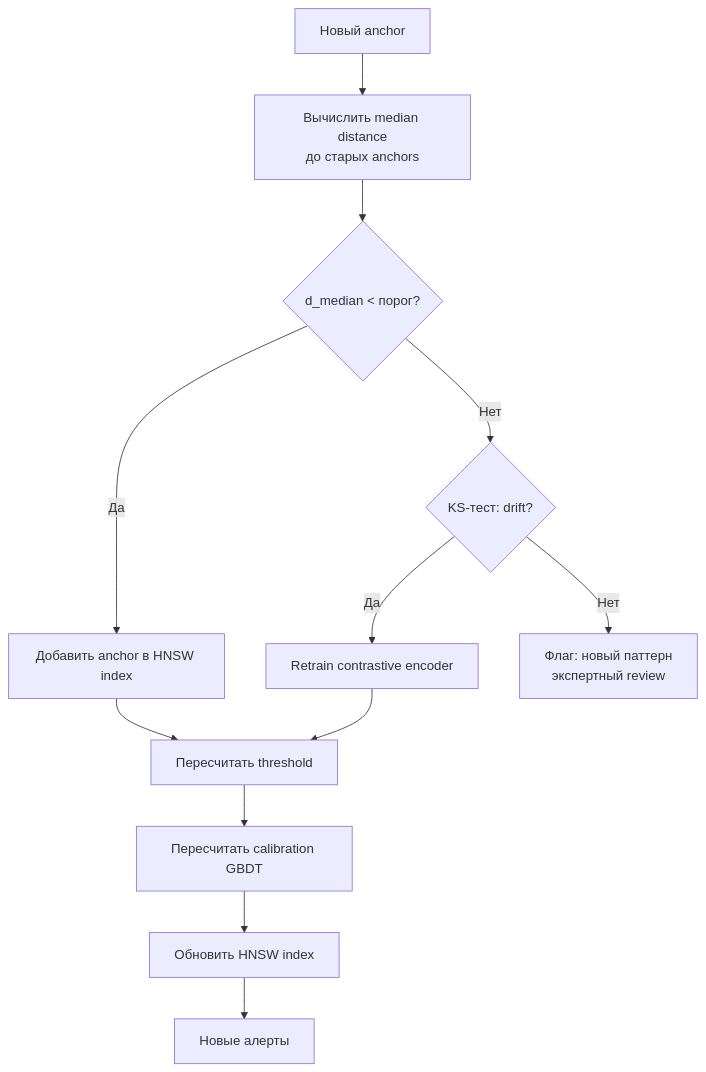
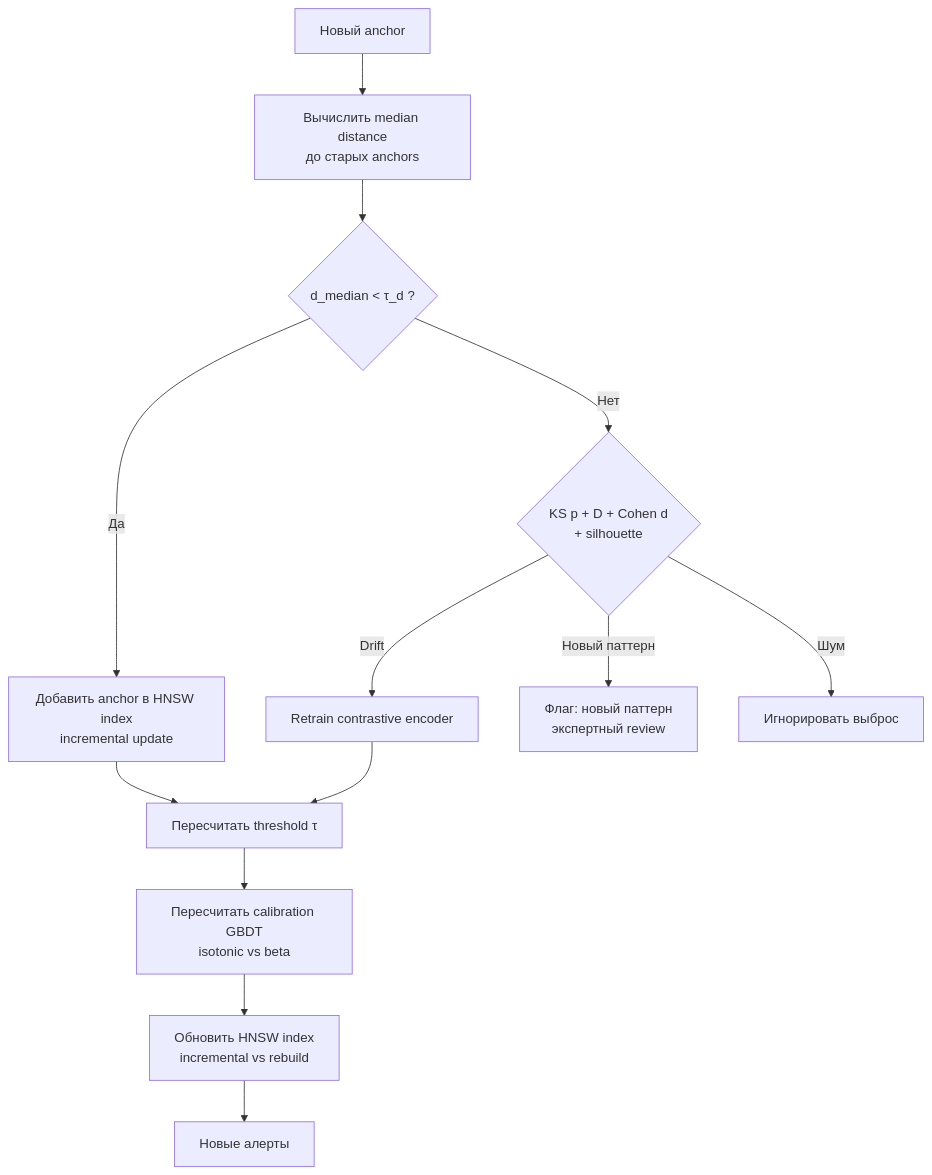
The diagram in docs/theory/08_const_function_and_operating_point.md (Spillety/Spillety), drawn with Mermaid before and after one commit. The commit also changed other lines of this file and 39 other files, not shown here.

````diff
--- a/docs/theory/08_const_function_and_operating_point.md
+++ b/docs/theory/08_const_function_and_operating_point.md
@@ -126,14 +147,15 @@
 ```mermaid
 graph TD
     NewAnchor[Новый anchor] --> ComputeDist[Вычислить median distance<br/>до старых anchors]
-    ComputeDist --> CheckDist{d_median < порог?}
-    CheckDist -->|Да| AddToIndex[Добавить anchor в HNSW index]
-    CheckDist -->|Нет| CheckDrift{KS-тест: drift?}
-    CheckDrift -->|Да| Retrain[Retrain contrastive encoder]
-    CheckDrift -->|Нет| NewPattern[Флаг: новый паттерн<br/>экспертный review]
-    AddToIndex --> RecalcThreshold[Пересчитать threshold]
+    ComputeDist --> CheckDist{d_median < τ_d ?}
+    CheckDist -->|Да| AddToIndex[Добавить anchor в HNSW index<br/>incremental update]
+    CheckDist -->|Нет| CheckDrift{KS p + D + Cohen d<br/>+ silhouette}
+    CheckDrift -->|Drift| Retrain[Retrain contrastive encoder]
+    CheckDrift -->|Новый паттерн| NewPattern[Флаг: новый паттерн<br/>экспертный review]
+    CheckDrift -->|Шум| Ignore[Игнорировать выброс]
+    AddToIndex --> RecalcThreshold[Пересчитать threshold τ]
     Retrain --> RecalcThreshold
-    RecalcThreshold --> RecalcCalibration[Пересчитать calibration GBDT]
-    RecalcCalibration --> UpdateHNSW[Обновить HNSW index]
+    RecalcThreshold --> RecalcCalibration[Пересчитать calibration GBDT<br/>isotonic vs beta]
+    RecalcCalibration --> UpdateHNSW[Обновить HNSW index<br/>incremental vs rebuild]
     UpdateHNSW --> NewAlerts[Новые алерты]
 ```
````
